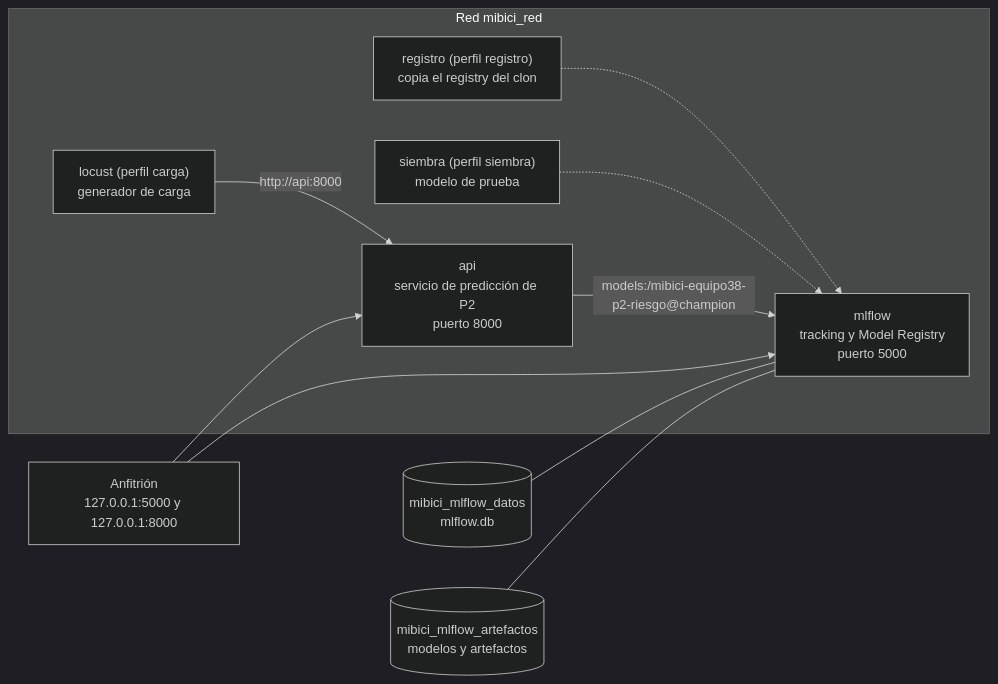
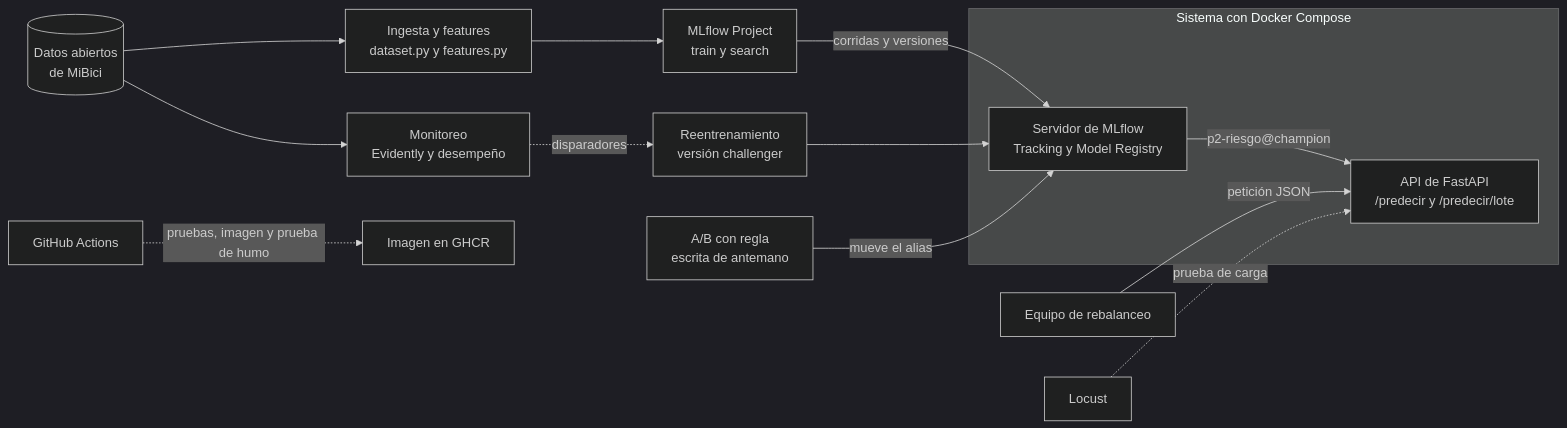
Before and after one commit to nicoynurreta/TC5061-Proyecto-Equipo38: the diagram in README.md, drawn with Mermaid (dark theme). The commit also changed other lines of this file and 7 other files, not shown here.

Commit message:
docs: README general del proyecto integrador y documentación por entrega en docs/

````diff
--- a/README.md
+++ b/README.md
@@ -832,14 +42,19 @@
 ```mermaid
 flowchart LR
-    subgraph red["Red mibici_red"]
-        registro["registro (perfil registro)<br>copia el registry del clon"] -.-> mlflow
-        mlflow["mlflow<br>tracking y Model Registry<br>puerto 5000"]
-        siembra["siembra (perfil siembra)<br>modelo de prueba"] -.-> mlflow
-        api["api<br>servicio de predicción de P2<br>puerto 8000"] -- "models:/mibici-equipo38-p2-riesgo@champion" --> mlflow
-        locust["locust (perfil carga)<br>generador de carga"] -- "http://api:8000" --> api
+    portal[("Datos abiertos<br>de MiBici")]
+    subgraph sistema["Sistema con Docker Compose"]
+        mlflow["Servidor de MLflow<br>Tracking y Model Registry"]
+        api["API de FastAPI<br>/predecir y /predecir/lote"]
     end
-    datos[("mibici_mlflow_datos<br>mlflow.db")] --- mlflow
-    artefactos[("mibici_mlflow_artefactos<br>modelos y artefactos")] --- mlflow
-    anfitrion["Anfitrión<br>127.0.0.1:5000 y 127.0.0.1:8000"] --> mlflow
-    anfitrion --> api
+    portal --> ingesta["Ingesta y features<br>dataset.py y features.py"]
+    ingesta --> proyecto["MLflow Project<br>train y search"]
+    proyecto -- "corridas y versiones" --> mlflow
+    mlflow -- "p2-riesgo@champion" --> api
+    operador["Equipo de rebalanceo"] -- "petición JSON" --> api
+    locust["Locust"] -. "prueba de carga" .-> api
+    portal --> monitoreo["Monitoreo<br>Evidently y desempeño"]
+    monitoreo -. "disparadores" .-> reentrenar["Reentrenamiento<br>versión challenger"]
+    reentrenar --> mlflow
+    abtest["A/B con regla<br>escrita de antemano"] -- "mueve el alias" --> mlflow
+    ci["GitHub Actions"] -. "pruebas, imagen y prueba de humo" .-> ghcr["Imagen en GHCR"]
 ```
````
